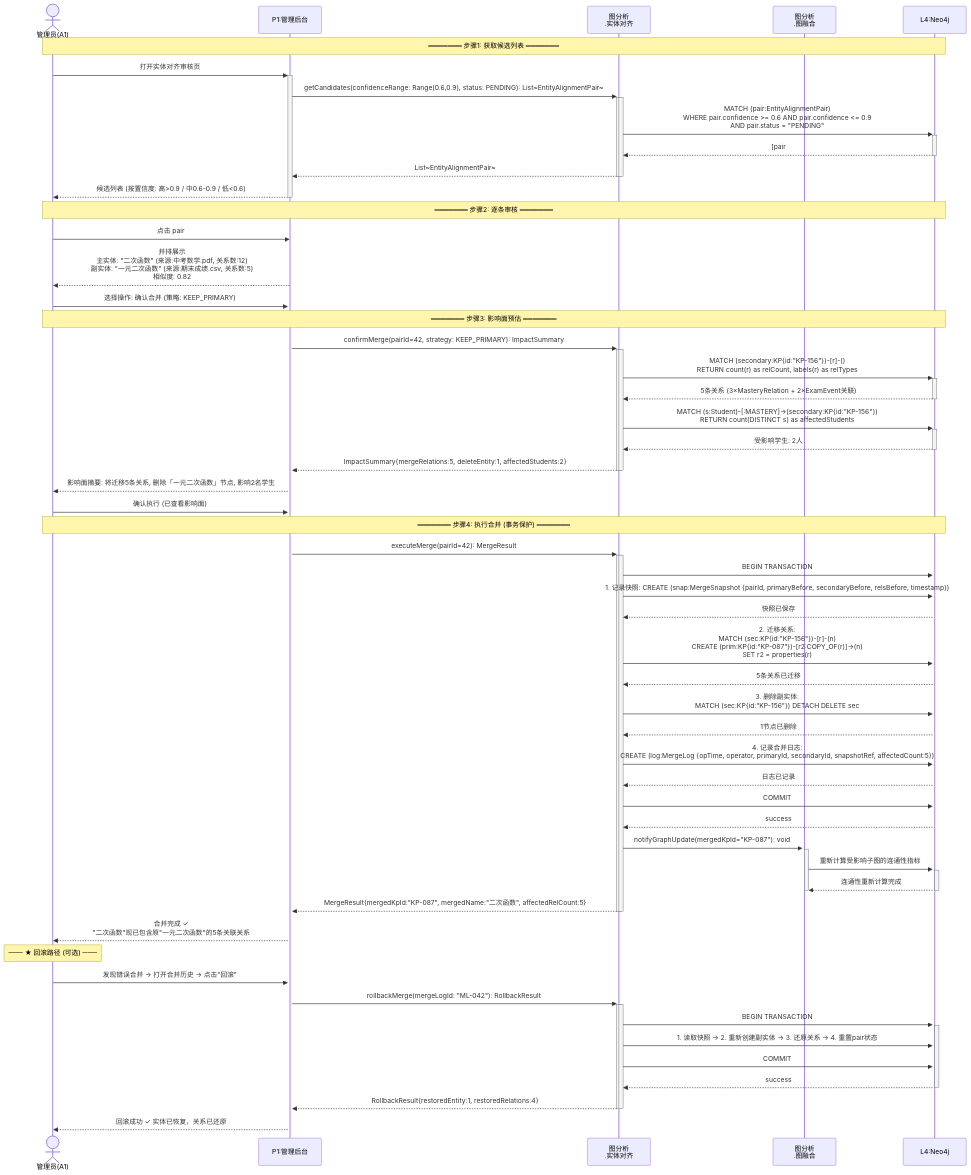
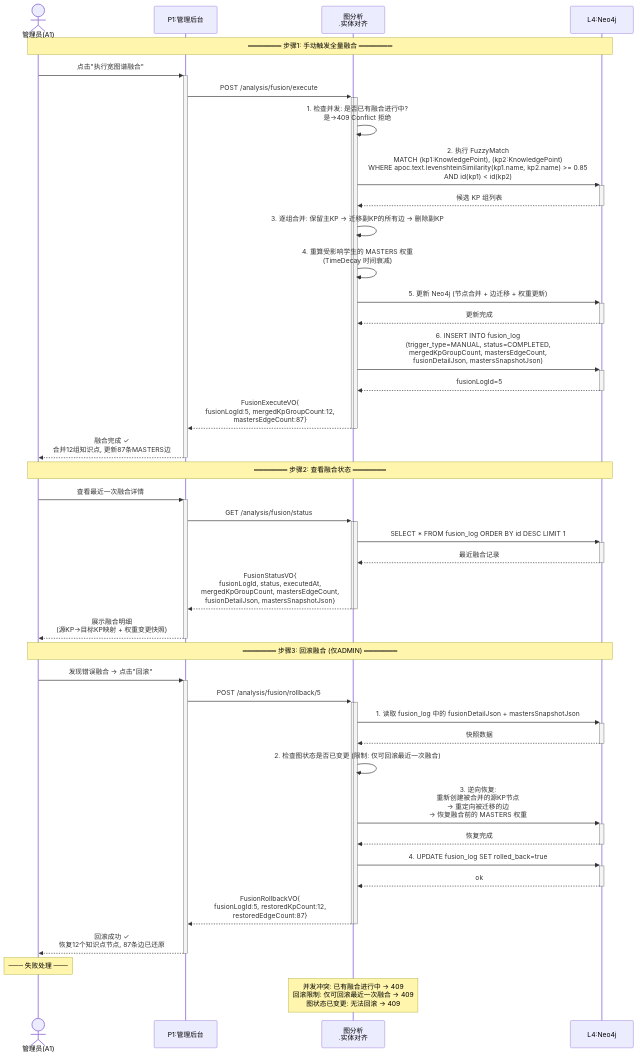
The second of 4 diagrams in docs/design-view/process-view/process-view-sequence-diagrams.md (Eliauk-L/GraphNexus), drawn with Mermaid before and after one commit. The commit also changed other lines of this file and 11 other files, not shown here.

````diff
--- a/docs/design-view/process-view/process-view-sequence-diagrams.md
+++ b/docs/design-view/process-view/process-view-sequence-diagrams.md
@@ -474,88 +369,65 @@
 sequenceDiagram
     actor A as 管理员(A1)
     participant P1 as P1:管理后台
-    participant Alignment as 图分析<br/>.实体对齐
-    participant Fusion as 图分析<br/>.图融合
+    participant Fusion as 图分析<br/>.实体对齐
     participant DB as L4:Neo4j
 
-    Note over A,DB: ═══════ 步骤1: 获取候选列表 ═══════
+    Note over A,DB: ═══════ 步骤1: 手动触发全量融合 ═══════
 
-    A->>+P1: 打开实体对齐审核页
-    P1->>+Alignment: getCandidates(confidenceRange: Range(0.6,0.9), status: PENDING): List~EntityAlignmentPair~
-    activate Alignment
-    Alignment->>+DB: MATCH (pair:EntityAlignmentPair)<br/>WHERE pair.confidence >= 0.6 AND pair.confidence <= 0.9<br/>AND pair.status = "PENDING"
-    DB-->>-Alignment: [pair#42, pair#58, pair#73, ...]
-    Alignment-->>-P1: List~EntityAlignmentPair~
-    deactivate Alignment
-    P1-->>-A: 候选列表 (按置信度: 高>0.9 / 中0.6-0.9 / 低<0.6)
+    A->>+P1: 点击"执行宽图谱融合"
+    P1->>+Fusion: POST /analysis/fusion/execute
+    activate Fusion
 
-    Note over A,DB: ═══════ 步骤2: 逐条审核 ═══════
+    Fusion->>Fusion: 1. 检查并发: 是否已有融合进行中?<br/>是→409 Conflict 拒绝
 
-    A->>P1: 点击 pair#42 查看详情
-    P1-->>A: 并排展示<br/>主实体: "二次函数" (来源:中考数学.pdf, 关系数:12)<br/>副实体: "一元二次函数" (来源:期末成绩.csv, 关系数:5)<br/>相似度: 0.82
+    Fusion->>+DB: 2. 执行 FuzzyMatch<br/>MATCH (kp1:KnowledgePoint), (kp2:KnowledgePoint)<br/>WHERE apoc.text.levenshteinSimilarity(kp1.name, kp2.name) >= 0.85<br/>AND id(kp1) < id(kp2)
+    DB-->>-Fusion: 候选 KP 组列表
 
-    A->>+P1: 选择操作: 确认合并 (策略: KEEP_PRIMARY)
+    Fusion->>Fusion: 3. 逐组合并: 保留主KP → 迁移副KP的所有边 → 删除副KP
+    Fusion->>Fusion: 4. 重算受影响学生的 MASTERS 权重<br/>(TimeDecay 时间衰减)
 
-    Note over A,DB: ═══════ 步骤3: 影响面预估 ═══════
+    Fusion->>+DB: 5. 更新 Neo4j (节点合并 + 边迁移 + 权重更新)
+    DB-->>-Fusion: 更新完成
 
-    P1->>+Alignment: confirmMerge(pairId=42, strategy: KEEP_PRIMARY): ImpactSummary
-    activate Alignment
+    Fusion->>+DB: 6. INSERT INTO fusion_log<br/>(trigger_type=MANUAL, status=COMPLETED,<br/>mergedKpGroupCount, mastersEdgeCount,<br/>fusionDetailJson, mastersSnapshotJson)
+    DB-->>-Fusion: fusionLogId=5
 
-    Alignment->>+DB: MATCH (secondary:KP{id:"KP-156"})-[r]-()<br/>RETURN count(r) as relCount, labels(r) as relTypes
-    DB-->>-Alignment: 5条关系 (3×MasteryRelation + 2×ExamEvent关联)
-    Alignment->>+DB: MATCH (s:Student)-[:MASTERY]->(secondary:KP{id:"KP-156"})<br/>RETURN count(DISTINCT s) as affectedStudents
-    DB-->>-Alignment: 受影响学生: 2人
+    Fusion-->>-P1: FusionExecuteVO{<br/>fusionLogId:5, mergedKpGroupCount:12,<br/>mastersEdgeCount:87}
+    deactivate Fusion
+    P1-->>-A: 融合完成 ✓<br/>合并12组知识点, 更新87条MASTERS边
 
-    Alignment-->>-P1: ImpactSummary{mergeRelations:5, deleteEntity:1, affectedStudents:2}
-    deactivate Alignment
+    Note over A,DB: ═══════ 步骤2: 查看融合状态 ═══════
 
-    P1-->>A: 影响面摘要: 将迁移5条关系, 删除「一元二次函数」节点, 影响2名学生
+    A->>+P1: 查看最近一次融合详情
+    P1->>+Fusion: GET /analysis/fusion/status
+    activate Fusion
+    Fusion->>+DB: SELECT * FROM fusion_log ORDER BY id DESC LIMIT 1
+    DB-->>-Fusion: 最近融合记录
+    Fusion-->>-P1: FusionStatusVO{<br/>fusionLogId, status, executedAt,<br/>mergedKpGroupCount, mastersEdgeCount,<br/>fusionDetailJson, mastersSnapshotJson}
+    deactivate Fusion
+    P1-->>-A: 展示融合明细<br/>(源KP→目标KP映射 + 权重变更快照)
 
-    A->>P1: 确认执行 (已查看影响面)
+    Note over A,DB: ═══════ 步骤3: 回滚融合 (仅ADMIN) ═══════
 
-    Note over A,DB: ═══════ 步骤4: 执行合并 (事务保护) ═══════
+    A->>+P1: 发现错误融合 → 点击"回滚"
+    P1->>+Fusion: POST /analysis/fusion/rollback/5
+    activate Fusion
 
-    P1->>+Alignment: executeMerge(pairId=42): MergeResult
-    activate Alignment
+    Fusion->>+DB: 1. 读取 fusion_log 中的 fusionDetailJson + mastersSnapshotJson
+    DB-->>-Fusion: 快照数据
 
-    Alignment->>+DB: BEGIN TRANSACTION
+    Fusion->>Fusion: 2. 检查图状态是否已变更 (限制: 仅可回滚最近一次融合)
 
-    Alignment->>DB: 1. 记录快照: CREATE (snap:MergeSnapshot {pairId, primaryBefore, secondaryBefore, relsBefore, timestamp})
-    DB-->>Alignment: 快照已保存
+    Fusion->>+DB: 3. 逆向恢复:<br/>重新创建被合并的源KP节点<br/>→ 重定向被迁移的边<br/>→ 恢复融合前的 MASTERS 权重
+    DB-->>-Fusion: 恢复完成
 
-    Alignment->>DB: 2. 迁移关系:<br/>MATCH (sec:KP{id:"KP-156"})-[r]-(n)<br/>CREATE (prim:KP{id:"KP-087"})-[r2:COPY_OF(r)]->(n)<br/>SET r2 = properties(r)
-    DB-->>Alignment: 5条关系已迁移
+    Fusion->>+DB: 4. UPDATE fusion_log SET rolled_back=true
+    DB-->>-Fusion: ok
 
-    Alignment->>DB: 3. 删除副实体:<br/>MATCH (sec:KP{id:"KP-156"}) DETACH DELETE sec
-    DB-->>Alignment: 1节点已删除
+    Fusion-->>-P1: FusionRollbackVO{<br/>fusionLogId:5, restoredKpCount:12,<br/>restoredEdgeCount:87}
+    deactivate Fusion
+    P1-->>-A: 回滚成功 ✓<br/>恢复12个知识点节点, 87条边已还原
 
-    Alignment->>DB: 4. 记录合并日志:<br/>CREATE (log:MergeLog {opTime, operator, primaryId, secondaryId, snapshotRef, affectedCount:5})
-    DB-->>Alignment: 日志已记录
-
-    Alignment->>DB: COMMIT
-    DB-->>Alignment: success
-
-    Alignment->>+Fusion: notifyGraphUpdate(mergedKpId="KP-087"): void
-    activate Fusion
-    Fusion->>+DB: 重新计算受影响子图的连通性指标
-    DB-->>-Fusion: 连通性重新计算完成
-    deactivate Fusion
-
-    Alignment-->>-P1: MergeResult{mergedKpId:"KP-087", mergedName:"二次函数", affectedRelCount:5}
-    deactivate Alignment
-
-    P1-->>A: 合并完成 ✓<br/>"二次函数"现已包含原"一元二次函数"的5条关联关系
-
-    Note over A: ─── ★ 回滚路径 (可选) ───
-
-    A->>P1: 发现错误合并 → 打开合并历史 → 点击"回滚"
-    P1->>+Alignment: rollbackMerge(mergeLogId: "ML-042"): RollbackResult
-    activate Alignment
-    Alignment->>+DB: BEGIN TRANSACTION
-    Alignment->>DB: 1. 读取快照 → 2. 重新创建副实体 → 3. 还原关系 → 4. 重置pair状态
-    Alignment->>DB: COMMIT
-    DB-->>-Alignment: success
-    Alignment-->>-P1: RollbackResult{restoredEntity:1, restoredRelations:4}
-    deactivate Alignment
-    P1-->>A: 回滚成功 ✓ 实体已恢复，关系已还原
+    Note over A: ─── 失败处理 ───
+    Note over Fusion: 并发冲突: 已有融合进行中 → 409<br/>回滚限制: 仅可回滚最近一次融合 → 409<br/>图状态已变更: 无法回滚 → 409
 ```
````
